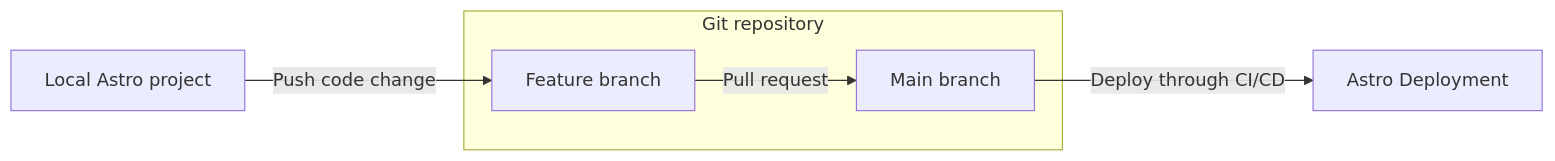
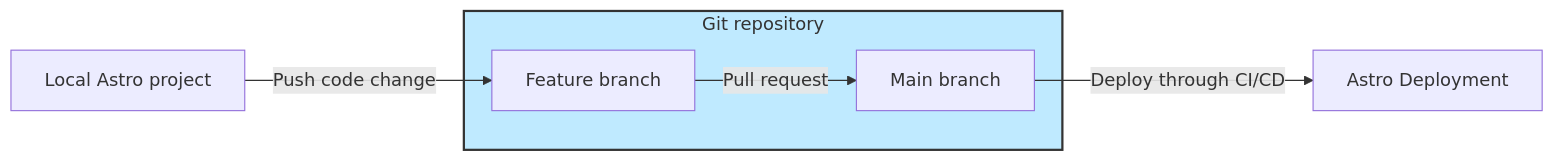
Before and after one commit to astronomer/docs: the first of 4 diagrams in astro/set-up-ci-cd.md, drawn with Mermaid. The commit also changed other lines of this file and 8 other files, not shown here.

Commit message:
Add mermaid:

````diff
--- a/astro/set-up-ci-cd.md
+++ b/astro/set-up-ci-cd.md
@@ -61,10 +61,11 @@
 ```mermaid
 flowchart LR;
 classDef subgraph_padding fill:none,stroke:none
 classDef astro fill:#dbcdf6,stroke:#333,stroke-width:2px;
 id1[Local Astro project]-->|Push code change|id2[Feature branch]
-subgraph Git repository
+subgraph Git ["Git repository"]
 id2-->|Pull request| id3[Main branch]
 end
 id3-->|Deploy through CI/CD| id4[Astro Deployment]
+style Git fill:#bfeaff,stroke:#333,stroke-width:2px
 ```
````
